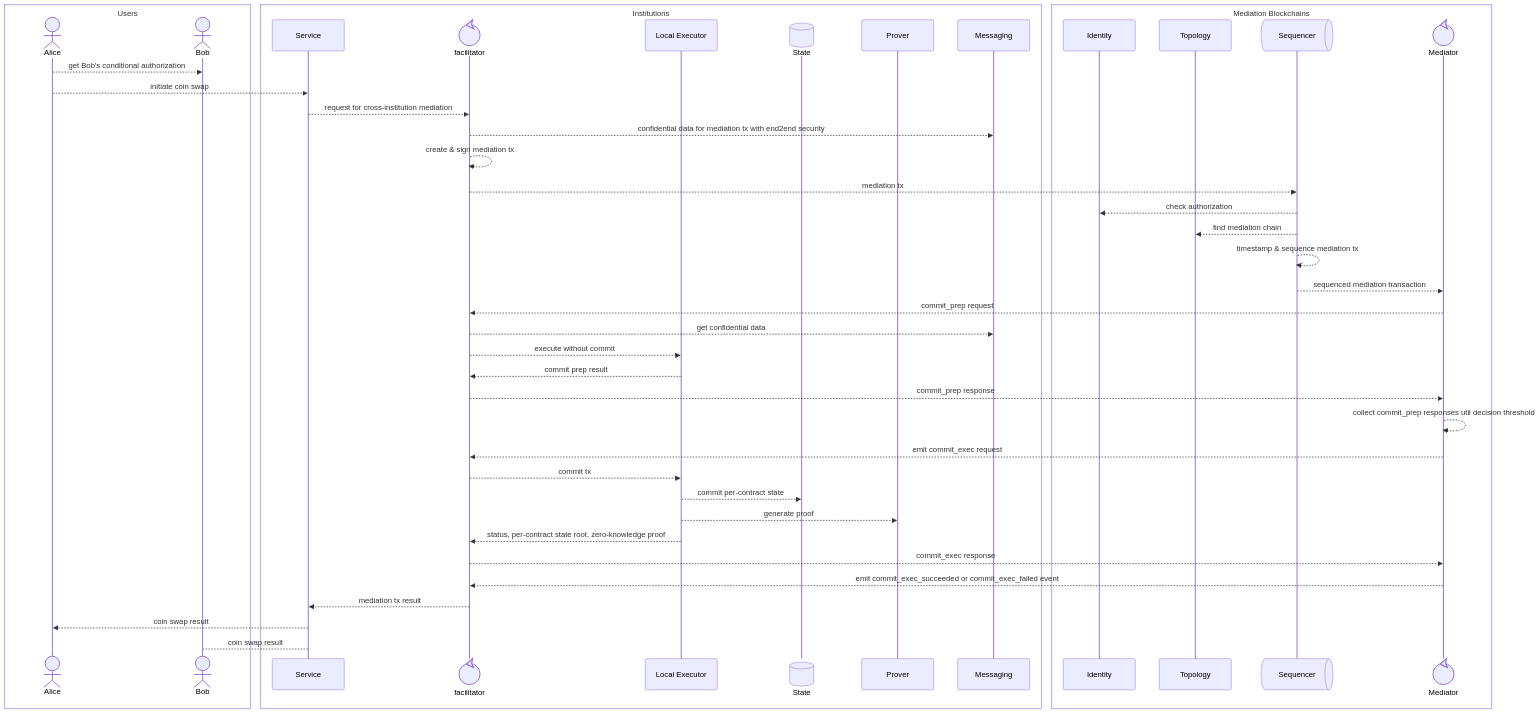
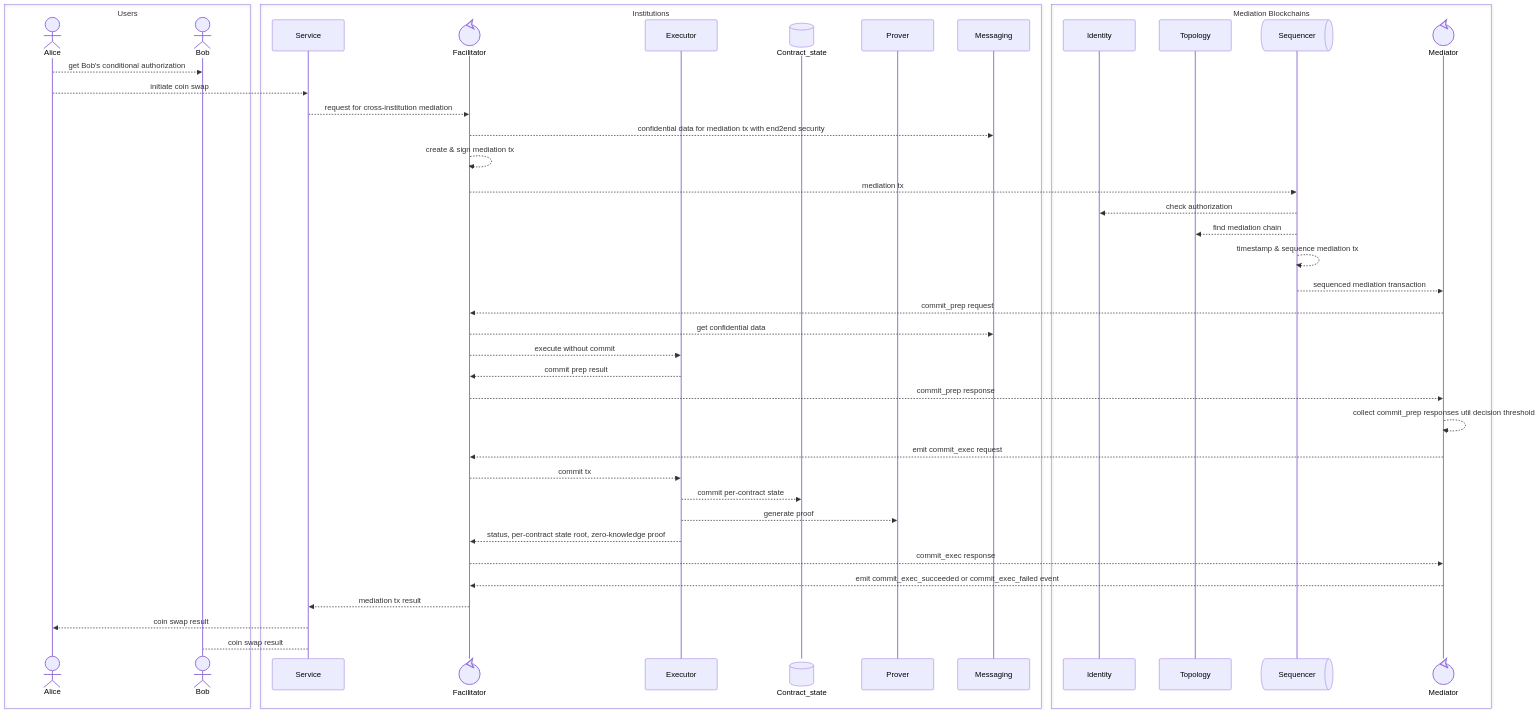
Before and after one commit to PDXbaap/design: the diagram in finance_architecture.md, drawn with Mermaid. The commit also changed other lines of this file, not shown here.

````diff
--- a/finance_architecture.md
+++ b/finance_architecture.md
@@ -29,47 +29,47 @@
 ```mermaid
 sequenceDiagram
 box Users
 actor Alice
 actor Bob
 end
 box Institutions
 participant Service
-participant facilitator@{"type": "control"}
-participant Local Executor
-participant State@{"type": "database"}
+participant Facilitator@{"type": "control"}
+participant Executor
+participant Contract_state@{"type": "database"}
 participant Prover
 participant Messaging
 end
 box Mediation Blockchains
 participant Identity
 participant Topology
 participant Sequencer@{"type": "queue"}
 participant Mediator@{"type": "control"}
 end
 Alice -->> Bob: get Bob's conditional authorization
 Alice -->> Service: initiate coin swap
-Service -->> facilitator: request for cross-institution mediation
-facilitator -->> Messaging: confidential data for mediation tx with end2end security
-facilitator -->> facilitator: create & sign mediation tx
-facilitator -->> Sequencer: mediation tx
+Service -->> Facilitator: request for cross-institution mediation
+Facilitator -->> Messaging: confidential data for mediation tx with end2end security
+Facilitator -->> Facilitator: create & sign mediation tx
+Facilitator -->> Sequencer: mediation tx
 Sequencer -->> Identity: check authorization
 Sequencer -->> Topology: find mediation chain
 Sequencer -->> Sequencer: timestamp & sequence mediation tx
 Sequencer -->> Mediator: sequenced mediation transaction
-Mediator -->> facilitator: commit_prep request
-facilitator -->> Messaging: get confidential data
-facilitator -->> Local Executor: execute without commit
-Local Executor -->> facilitator: commit prep result
-facilitator -->> Mediator: commit_prep response
+Mediator -->> Facilitator: commit_prep request
+Facilitator -->> Messaging: get confidential data
+Facilitator -->> Executor: execute without commit
+Executor -->> Facilitator: commit prep result
+Facilitator -->> Mediator: commit_prep response
 Mediator -->> Mediator: collect commit_prep responses util decision threshold
-Mediator -->> facilitator: emit commit_exec request
-facilitator -->> Local Executor: commit tx
-Local Executor -->> State: commit per-contract state
-Local Executor -->> Prover: generate proof
-Local Executor -->> facilitator: status, per-contract state root, zero-knowledge proof
-facilitator -->> Mediator: commit_exec response
-Mediator -->> facilitator: emit commit_exec_succeeded or commit_exec_failed event
-facilitator -->> Service: mediation tx result
+Mediator -->> Facilitator: emit commit_exec request
+Facilitator -->> Executor: commit tx
+Executor -->> Contract_state: commit per-contract state
+Executor -->> Prover: generate proof
+Executor -->> Facilitator: status, per-contract state root, zero-knowledge proof
+Facilitator -->> Mediator: commit_exec response
+Mediator -->> Facilitator: emit commit_exec_succeeded or commit_exec_failed event
+Facilitator -->> Service: mediation tx result
 Service -->> Alice: coin swap result
 Service --> Bob: coin swap result
 ```
````
